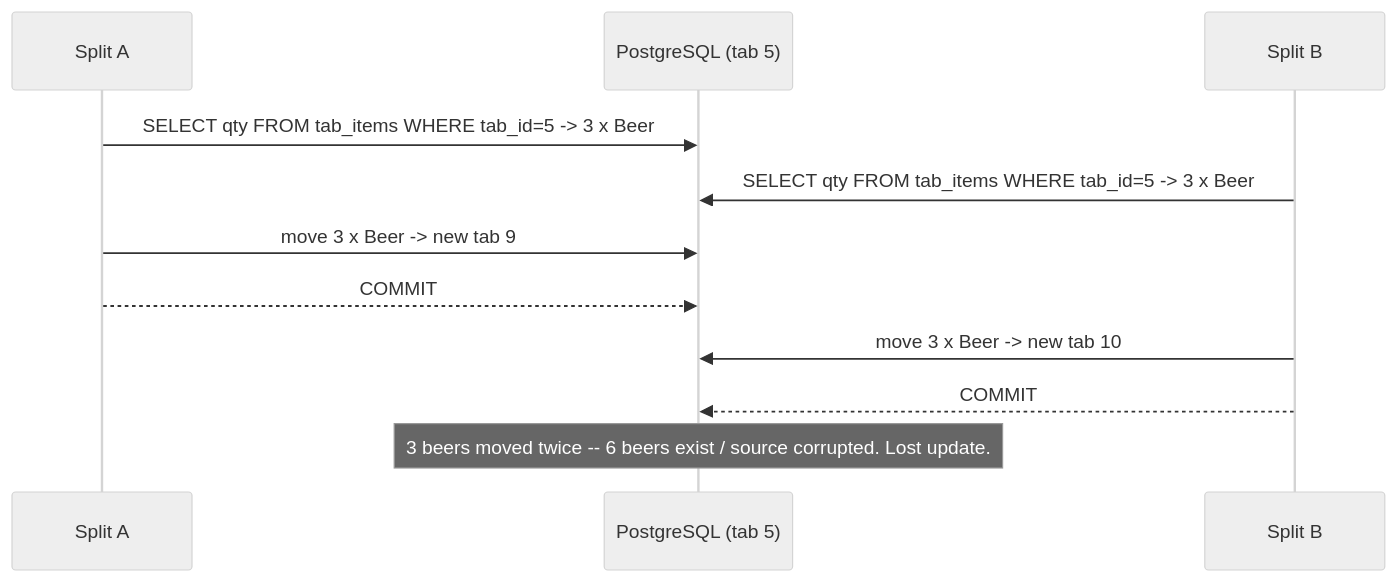
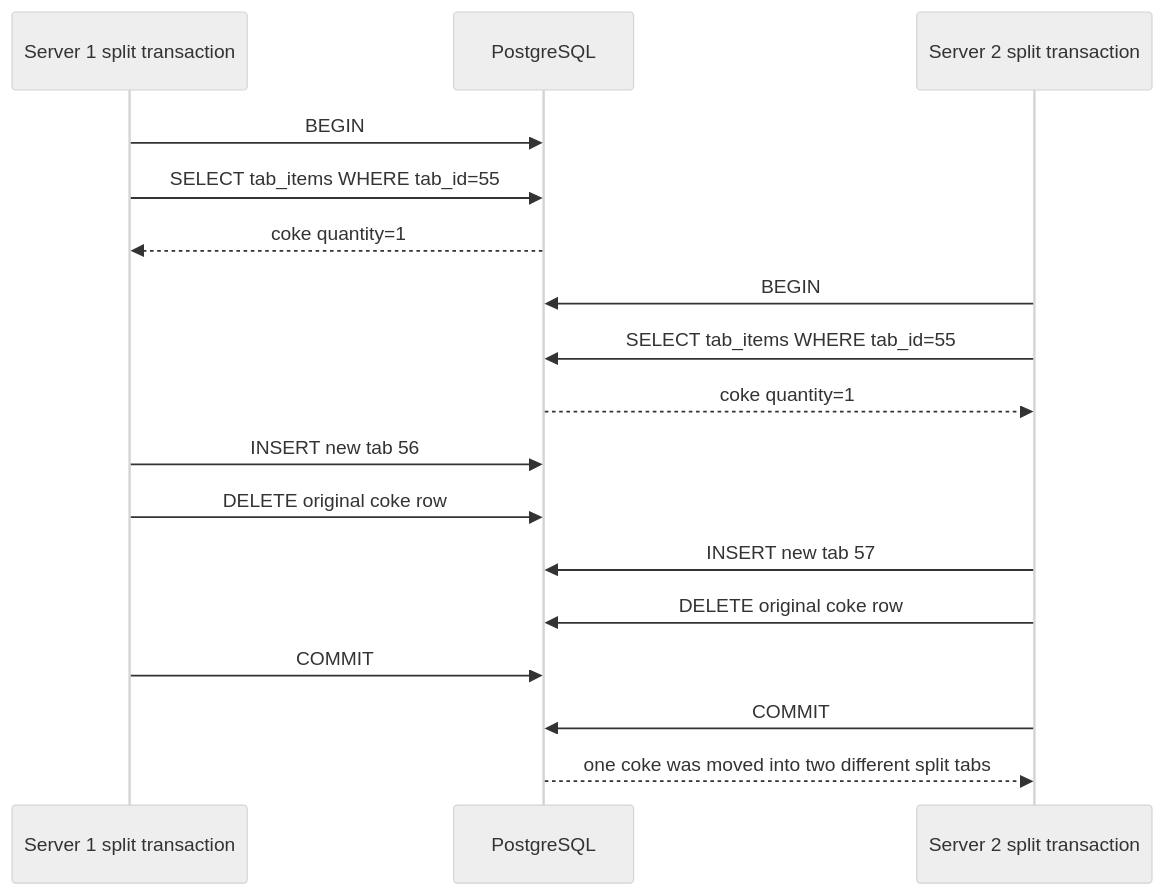
Before and after one commit to PranavN2005/SQueaL: the third of 3 diagrams in docs/concurrency.md, drawn with Mermaid (neutral theme). The commit also changed other lines of this file, not shown here.

````diff
--- a/docs/concurrency.md
+++ b/docs/concurrency.md
@@ -109,13 +145,20 @@
 ```mermaid
 sequenceDiagram
-    participant S1 as Split A
-    participant DB as PostgreSQL (tab 5)
-    participant S2 as Split B
-    S1->>DB: SELECT qty FROM tab_items WHERE tab_id=5  -> 3 x Beer
-    S2->>DB: SELECT qty FROM tab_items WHERE tab_id=5  -> 3 x Beer
-    S1->>DB: move 3 x Beer -> new tab 9
-    S1-->>DB: COMMIT
-    S2->>DB: move 3 x Beer -> new tab 10
-    S2-->>DB: COMMIT
-    Note over DB: 3 beers moved twice -- 6 beers exist / source corrupted. Lost update.
+    participant S1 as Server 1 split transaction
+    participant DB as PostgreSQL
+    participant S2 as Server 2 split transaction
+
+    S1->>DB: BEGIN
+    S1->>DB: SELECT tab_items WHERE tab_id=55
+    DB-->>S1: coke quantity=1
+    S2->>DB: BEGIN
+    S2->>DB: SELECT tab_items WHERE tab_id=55
+    DB-->>S2: coke quantity=1
+    S1->>DB: INSERT new tab 56
+    S1->>DB: DELETE original coke row
+    S2->>DB: INSERT new tab 57
+    S2->>DB: DELETE original coke row
+    S1->>DB: COMMIT
+    S2->>DB: COMMIT
+    DB-->>S2: one coke was moved into two different split tabs
 ```
````
